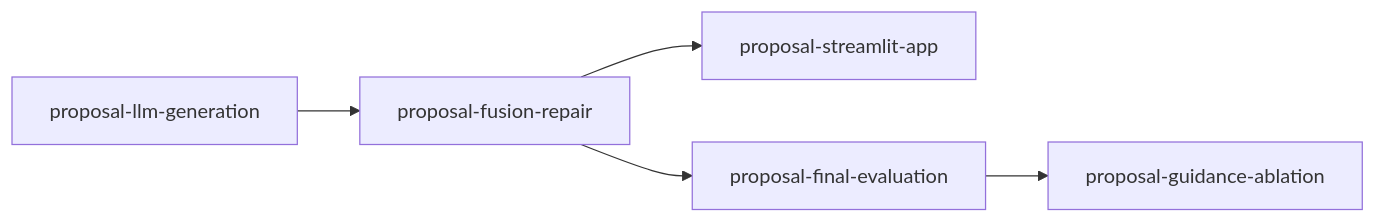
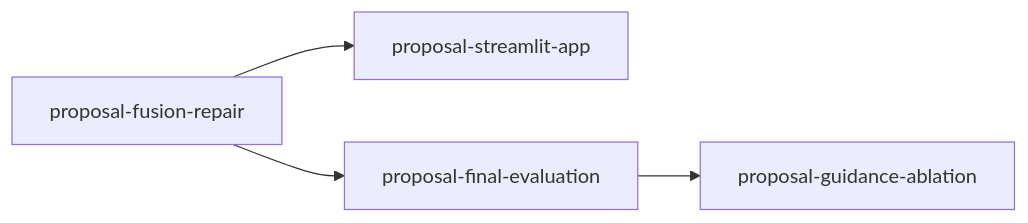
Before and after one commit to joe-dartmouth/synthetic: the diagram in tasks/proposal-index.md, drawn with Mermaid. The commit also changed other lines of this file and 2 other files, not shown here.

Commit message:
Land proposal-llm-generation

````diff
--- a/tasks/proposal-index.md
+++ b/tasks/proposal-index.md
@@ -19,7 +18,6 @@
 ```mermaid
 flowchart LR
-    llm_generation[proposal-llm-generation] --> fusion_repair[proposal-fusion-repair]
     fusion_repair[proposal-fusion-repair] --> streamlit_app[proposal-streamlit-app]
     fusion_repair[proposal-fusion-repair] --> final_evaluation[proposal-final-evaluation]
     final_evaluation[proposal-final-evaluation] --> guidance_ablation[proposal-guidance-ablation]
 ```
````
